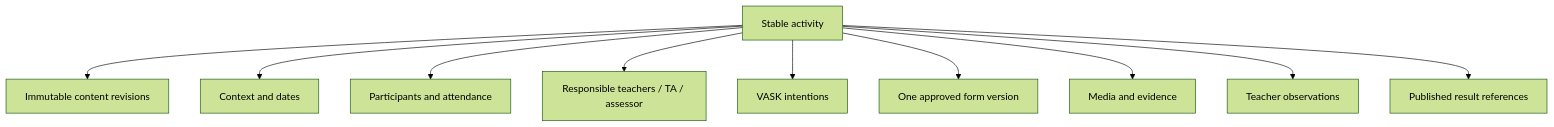
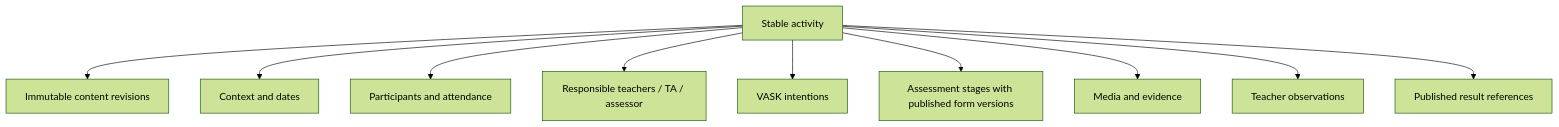
The diagram in output/English/SRS/SRS-04 Activities participants and VASK.md (heison-octopus/testing-port), drawn with Mermaid (forest theme) before and after one commit. The commit also changed other lines of this file and 200 other files, not shown here.

````diff
--- a/output/English/SRS/SRS-04 Activities participants and VASK.md
+++ b/output/English/SRS/SRS-04 Activities participants and VASK.md
@@ -39,12 +45,12 @@
 ```mermaid
 flowchart TB
     A[Stable activity] --> REV[Immutable content revisions]
     A --> C[Context and dates]
     A --> P[Participants and attendance]
     A --> S[Responsible teachers / TA / assessor]
     A --> V[VASK intentions]
-    A --> F[One approved form version]
+    A --> F[Assessment stages with published form versions]
     A --> M[Media and evidence]
     A --> O[Teacher observations]
     A --> R[Published result references]
 ```
````
